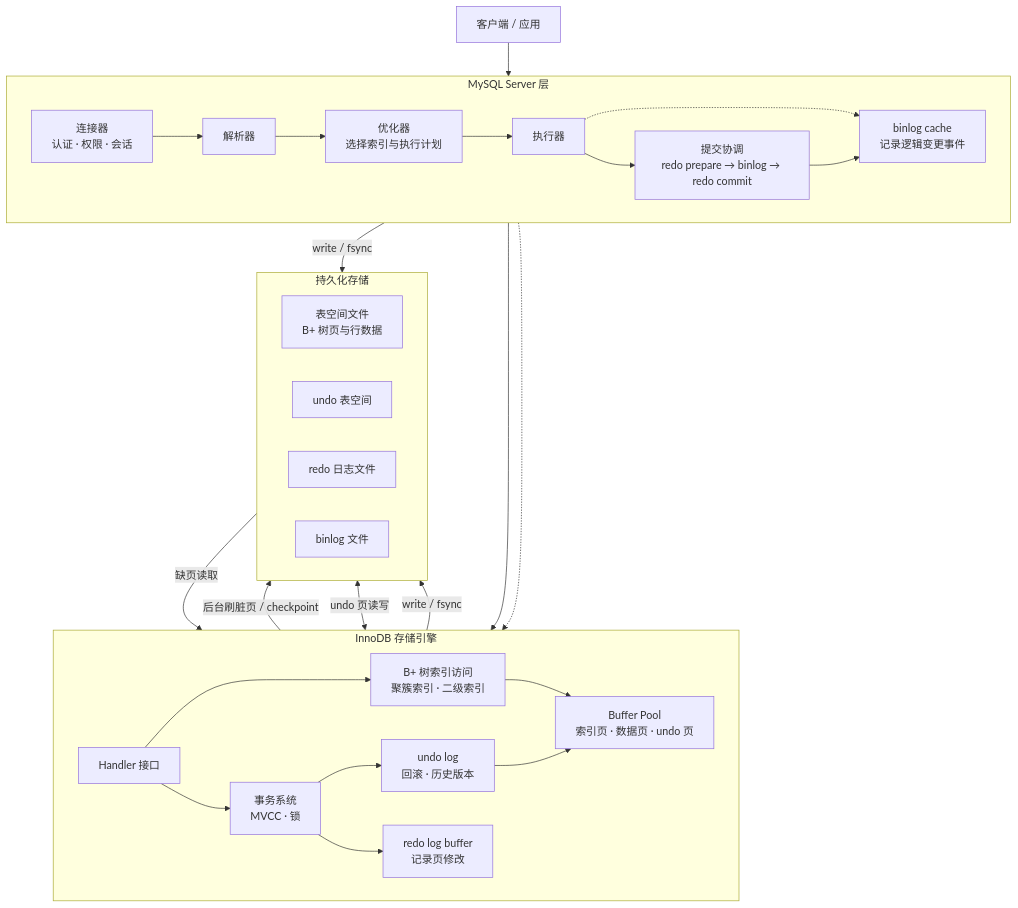
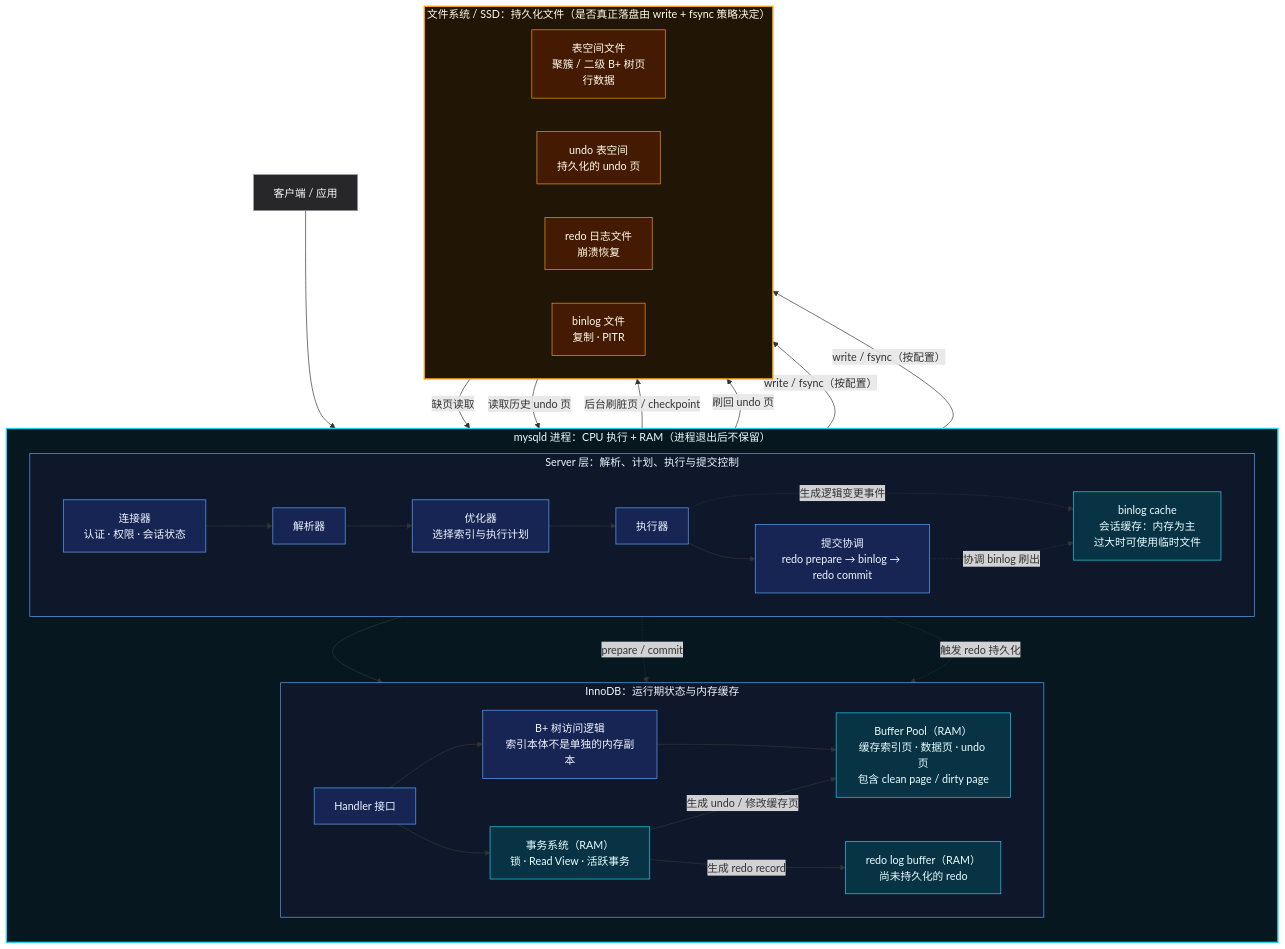
Before and after one commit to Fizgrad/fizgrad.github.io: the second of 48 diagrams in blog/database.md, drawn with Mermaid. The commit also changed other lines of this file, not shown here.

Commit message:
Add more details in database mermaid

````diff
--- a/blog/database.md
+++ b/blog/database.md
@@ -24,40 +24,59 @@
 ```mermaid
 flowchart TB
-    CLIENT["客户端 / 应用"] --> CONNECTOR["连接器<br/>认证 · 权限 · 会话"]
+    CLIENT["客户端 / 应用"] --> CONNECTOR
 
-    subgraph SERVER["MySQL Server 层"]
-        direction LR
-        CONNECTOR --> PARSER["解析器"]
-        PARSER --> OPTIMIZER["优化器<br/>选择索引与执行计划"]
-        OPTIMIZER --> EXECUTOR["执行器"]
-        EXECUTOR --> COMMIT["提交协调<br/>redo prepare → binlog → redo commit"]
-        EXECUTOR -.-> BINCACHE["binlog cache<br/>记录逻辑变更事件"]
+    subgraph PROCESS["mysqld 进程：CPU 执行 + RAM（进程退出后不保留）"]
+        direction TB
+
+        subgraph SERVER["Server 层：解析、计划、执行与提交控制"]
+            direction LR
+            CONNECTOR["连接器<br/>认证 · 权限 · 会话状态"] --> PARSER["解析器"]
+            PARSER --> OPTIMIZER["优化器<br/>选择索引与执行计划"]
+            OPTIMIZER --> EXECUTOR["执行器"]
+            EXECUTOR --> COMMIT["提交协调<br/>redo prepare → binlog → redo commit"]
+            EXECUTOR -. "生成逻辑变更事件" .-> BINCACHE["binlog cache<br/>会话缓存：内存为主<br/>过大时可使用临时文件"]
+        end
+
+        subgraph INNODB["InnoDB：运行期状态与内存缓存"]
+            direction LR
+            HANDLER["Handler 接口"] --> INDEX["B+ 树访问逻辑<br/>索引本体不是单独的内存副本"]
+            INDEX --> BP["Buffer Pool（RAM）<br/>缓存索引页 · 数据页 · undo 页<br/>包含 clean page / dirty page"]
+            HANDLER --> TRX["事务系统（RAM）<br/>锁 · Read View · 活跃事务"]
+            TRX -->|"生成 undo / 修改缓存页"| BP
+            TRX -->|"生成 redo record"| REDOBUF["redo log buffer（RAM）<br/>尚未持久化的 redo"]
+        end
+
+        EXECUTOR --> HANDLER
+        COMMIT -. "prepare / commit" .-> TRX
+        COMMIT -. "触发 redo 持久化" .-> REDOBUF
+        COMMIT -. "协调 binlog 刷出" .-> BINCACHE
     end
 
-    subgraph ENGINE["InnoDB 存储引擎"]
+    subgraph DISK["文件系统 / SSD：持久化文件（是否真正落盘由 write + fsync 策略决定）"]
         direction LR
-        EXECUTOR --> HANDLER["Handler 接口"]
-        HANDLER --> INDEX["B+ 树索引访问<br/>聚簇索引 · 二级索引"]
-        INDEX --> BP["Buffer Pool<br/>索引页 · 数据页 · undo 页"]
-        HANDLER --> TRX["事务系统<br/>MVCC · 锁"]
-        TRX --> UNDO["undo log<br/>回滚 · 历史版本"]
-        TRX --> REDOBUF["redo log buffer<br/>记录页修改"]
-        UNDO --> BP
+        TABLESPACE["表空间文件<br/>聚簇 / 二级 B+ 树页<br/>行数据"]
+        UNDOFILE["undo 表空间<br/>持久化的 undo 页"]
+        REDOFILE["redo 日志文件<br/>崩溃恢复"]
+        BINLOGFILE["binlog 文件<br/>复制 · PITR"]
     end
 
-    subgraph STORAGE["持久化存储"]
-        direction LR
-        DATA["表空间文件<br/>B+ 树页与行数据"]
-        UNDOFILE["undo 表空间"]
-        REDOFILE["redo 日志文件"]
-        BINLOGFILE["binlog 文件"]
-    end
+    TABLESPACE -->|"缺页读取"| BP
+    BP -->|"后台刷脏页 / checkpoint"| TABLESPACE
+    UNDOFILE -->|"读取历史 undo 页"| BP
+    BP -->|"刷回 undo 页"| UNDOFILE
+    REDOBUF -->|"write / fsync（按配置）"| REDOFILE
+    BINCACHE -->|"write / fsync（按配置）"| BINLOGFILE
 
-    DATA -->|"缺页读取"| BP
-    BP -->|"后台刷脏页 / checkpoint"| DATA
-    BP <-->|"undo 页读写"| UNDOFILE
-    REDOBUF -->|"write / fsync"| REDOFILE
-    BINCACHE -->|"write / fsync"| BINLOGFILE
-    COMMIT -.-> REDOBUF
-    COMMIT --> BINCACHE
+    classDef external fill:#27272a,stroke:#a1a1aa,color:#fafafa;
+    classDef runtime fill:#172554,stroke:#60a5fa,color:#eff6ff;
+    classDef memory fill:#083344,stroke:#22d3ee,color:#ecfeff;
+    classDef disk fill:#451a03,stroke:#f59e0b,color:#fffbeb;
+    class CLIENT external;
+    class CONNECTOR,PARSER,OPTIMIZER,EXECUTOR,COMMIT,HANDLER,INDEX runtime;
+    class BINCACHE,BP,TRX,REDOBUF memory;
+    class TABLESPACE,UNDOFILE,REDOFILE,BINLOGFILE disk;
+    style PROCESS fill:#06171f,stroke:#22d3ee,stroke-width:2px,color:#ecfeff;
+    style SERVER fill:#0f172a,stroke:#60a5fa,color:#eff6ff;
+    style INNODB fill:#0f172a,stroke:#60a5fa,color:#eff6ff;
+    style DISK fill:#211506,stroke:#f59e0b,stroke-width:2px,color:#fffbeb;
 ```
````
